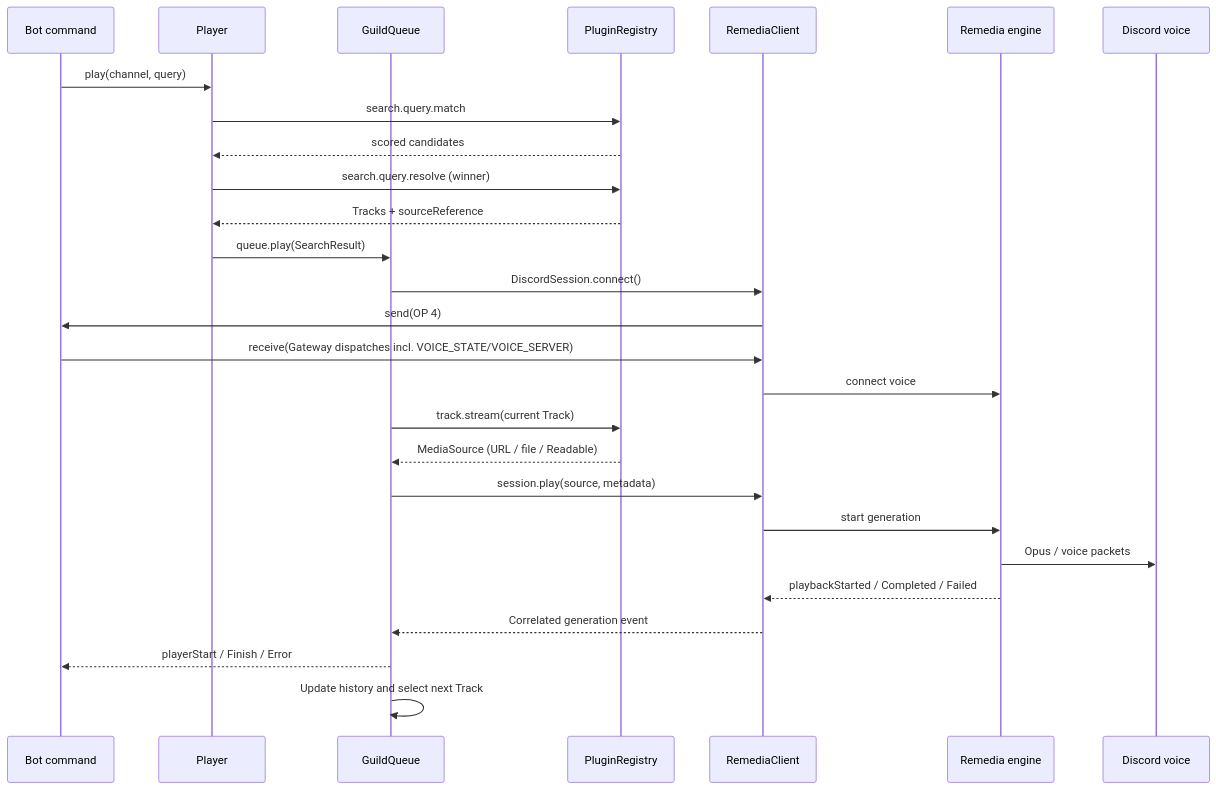
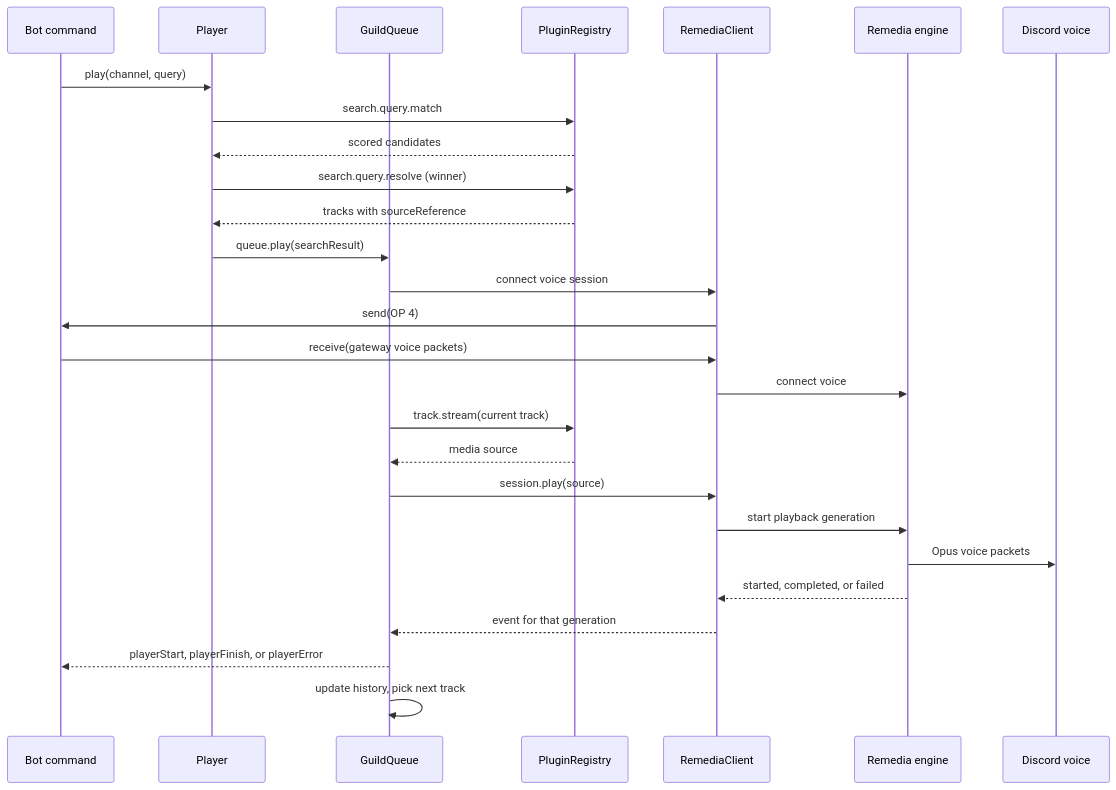
The diagram in apps/website/content/docs/v8/architecture/lifecycle.mdx (Androz2091/discord-player), drawn with Mermaid before and after one commit. The commit also changed other lines of this file and 62 other files, not shown here.

````diff
--- a/apps/website/content/docs/v8/architecture/lifecycle.mdx
+++ b/apps/website/content/docs/v8/architecture/lifecycle.mdx
@@ -16,30 +16,30 @@
 ```mermaid
 sequenceDiagram
   participant Bot as Bot command
   participant P as Player
   participant Q as GuildQueue
   participant S as PluginRegistry
   participant R as RemediaClient
   participant E as Remedia engine
   participant D as Discord voice
 
   Bot->>P: play(channel, query)
   P->>S: search.query.match
   S-->>P: scored candidates
   P->>S: search.query.resolve (winner)
-  S-->>P: Tracks + sourceReference
-  P->>Q: queue.play(SearchResult)
-  Q->>R: DiscordSession.connect()
+  S-->>P: tracks with sourceReference
+  P->>Q: queue.play(searchResult)
+  Q->>R: connect voice session
   R->>Bot: send(OP 4)
-  Bot->>R: receive(Gateway dispatches incl. VOICE_STATE/VOICE_SERVER)
+  Bot->>R: receive(gateway voice packets)
   R->>E: connect voice
-  Q->>S: track.stream(current Track)
-  S-->>Q: MediaSource (URL / file / Readable)
-  Q->>R: session.play(source, metadata)
-  R->>E: start generation
-  E->>D: Opus / voice packets
-  E-->>R: playbackStarted / Completed / Failed
-  R-->>Q: Correlated generation event
-  Q-->>Bot: playerStart / Finish / Error
-  Q->>Q: Update history and select next Track
+  Q->>S: track.stream(current track)
+  S-->>Q: media source
+  Q->>R: session.play(source)
+  R->>E: start playback generation
+  E->>D: Opus voice packets
+  E-->>R: started, completed, or failed
+  R-->>Q: event for that generation
+  Q-->>Bot: playerStart, playerFinish, or playerError
+  Q->>Q: update history, pick next track
 ```
````
